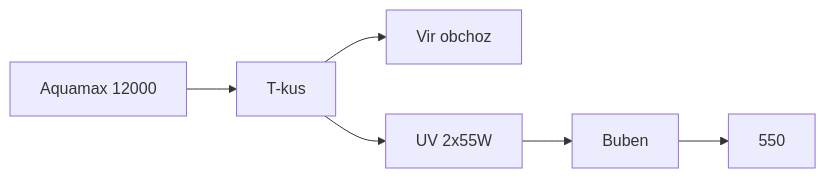
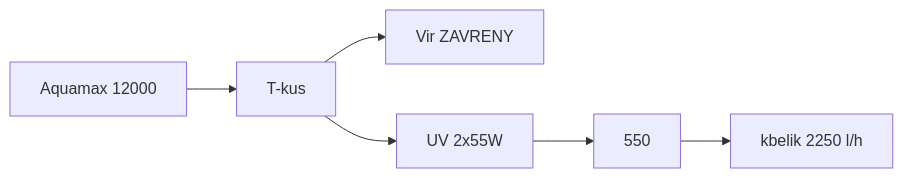
The diagram in lab.md (fedurca/koi_koupaci_jezirko), drawn with Mermaid before and after one commit. The commit also changed other lines of this file and 4 other files, not shown here.

First line of the commit message:
Correct the bucket test: clean filters, whirlpool closed, all flow through UV.

````diff
--- a/lab.md
+++ b/lab.md
@@ -81,12 +78,12 @@
 ```mermaid
 flowchart LR
   p2[Aquamax 12000]
   t[T-kus]
-  a[Vir obchoz]
+  a[Vir ZAVRENY]
   uv[UV 2x55W]
-  drum[Buben]
   bio[550]
+  mereni["kbelik 2250 l/h"]
   p2 --> t
   t --> a
-  t --> uv --> drum --> bio
+  t --> uv --> bio --> mereni
 ```
````
